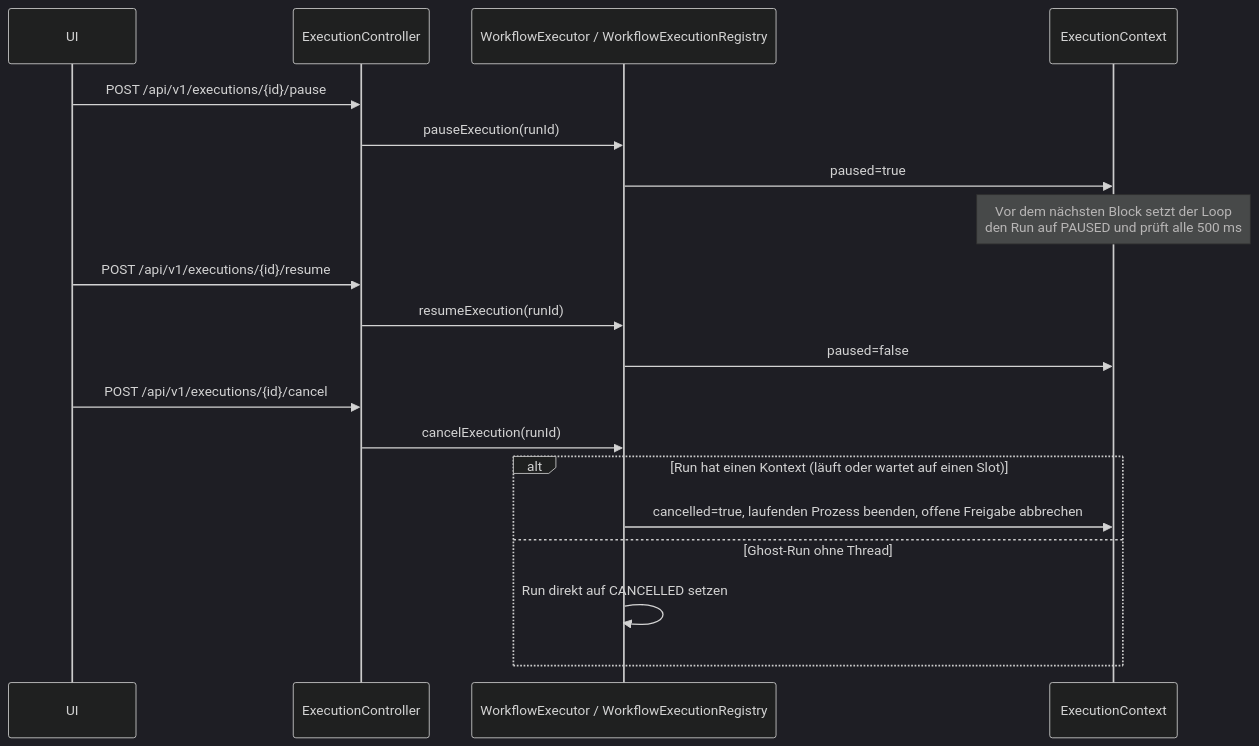
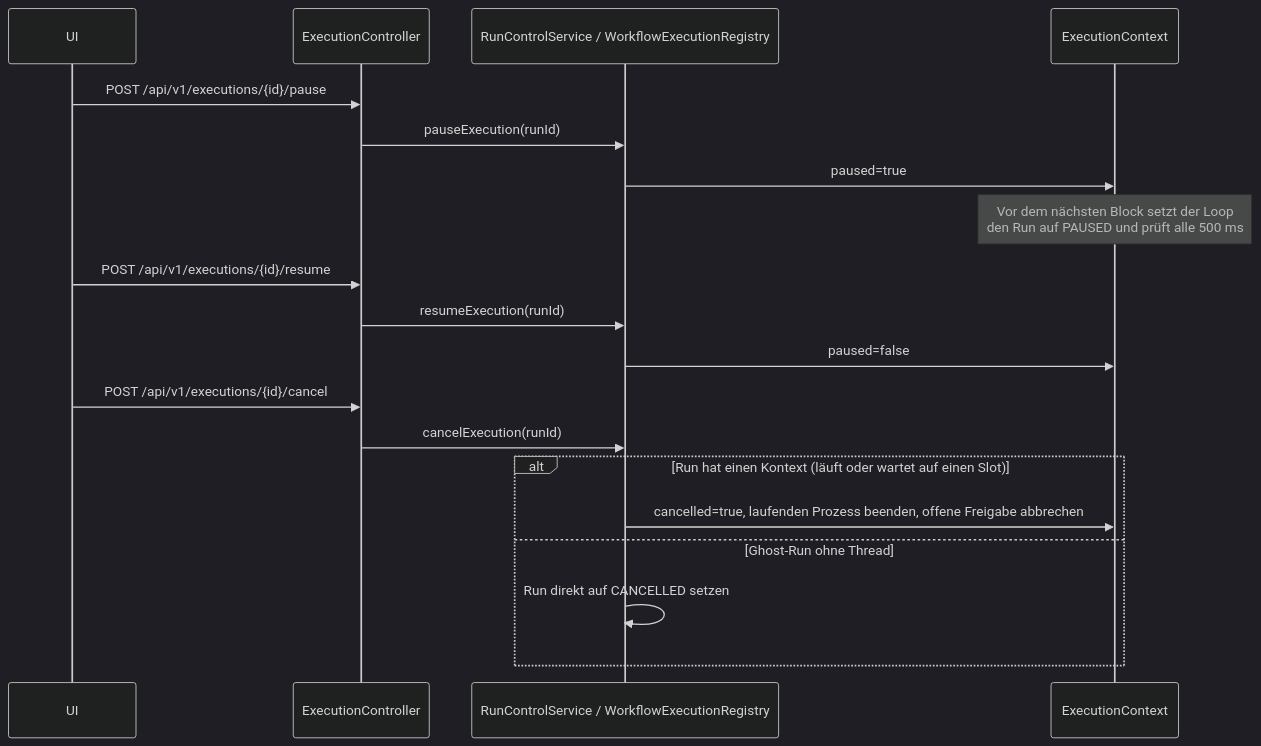
The third of 4 diagrams in docs/workflow-control-diagrams.md (FLSEST/MySuricates), drawn with Mermaid (dark theme) before and after one commit. The commit also changed 20 other files, not shown here.

````diff
--- a/docs/workflow-control-diagrams.md
+++ b/docs/workflow-control-diagrams.md
@@ -44,22 +44,22 @@
 ```mermaid
 sequenceDiagram
     participant UI
     participant CTRL as ExecutionController
-    participant WE as WorkflowExecutor / WorkflowExecutionRegistry
+    participant RC as RunControlService / WorkflowExecutionRegistry
     participant CTX as ExecutionContext
 
     UI->>CTRL: POST /api/v1/executions/{id}/pause
-    CTRL->>WE: pauseExecution(runId)
-    WE->>CTX: paused=true
+    CTRL->>RC: pauseExecution(runId)
+    RC->>CTX: paused=true
     Note over CTX: Vor dem nächsten Block setzt der Loop<br/>den Run auf PAUSED und prüft alle 500 ms
     UI->>CTRL: POST /api/v1/executions/{id}/resume
-    CTRL->>WE: resumeExecution(runId)
-    WE->>CTX: paused=false
+    CTRL->>RC: resumeExecution(runId)
+    RC->>CTX: paused=false
     UI->>CTRL: POST /api/v1/executions/{id}/cancel
-    CTRL->>WE: cancelExecution(runId)
+    CTRL->>RC: cancelExecution(runId)
     alt Run hat einen Kontext (läuft oder wartet auf einen Slot)
-        WE->>CTX: cancelled=true, laufenden Prozess beenden, offene Freigabe abbrechen
+        RC->>CTX: cancelled=true, laufenden Prozess beenden, offene Freigabe abbrechen
     else Ghost-Run ohne Thread
-        WE->>WE: Run direkt auf CANCELLED setzen
+        RC->>RC: Run direkt auf CANCELLED setzen
     end
 ```
````
